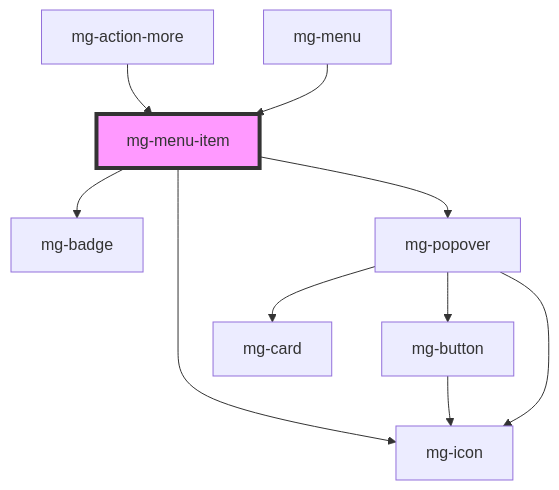
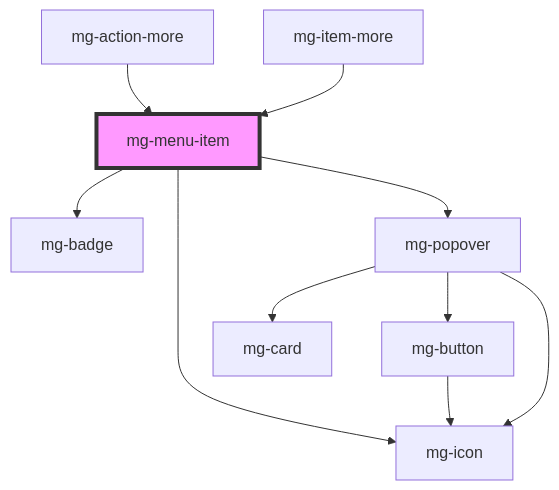
The diagram in src/components/molecules/menu/mg-menu-item/readme.md (MGDIS/mg-components), drawn with Mermaid before and after one commit. The commit also changed other lines of this file and 32 other files, not shown here.

First line of the commit message:
feat(mgMenuItemMore): use observer to update component on base items updates

````diff
--- a/src/components/molecules/menu/mg-menu-item/readme.md
+++ b/src/components/molecules/menu/mg-menu-item/readme.md
@@ -222,13 +222,13 @@
 ```mermaid
 graph TD;
   mg-menu-item --> mg-badge
   mg-menu-item --> mg-icon
   mg-menu-item --> mg-popover
   mg-popover --> mg-card
   mg-popover --> mg-button
   mg-popover --> mg-icon
   mg-button --> mg-icon
   mg-action-more --> mg-menu-item
-  mg-menu --> mg-menu-item
+  mg-item-more --> mg-menu-item
   style mg-menu-item fill:#f9f,stroke:#333,stroke-width:4px
 ```
````
